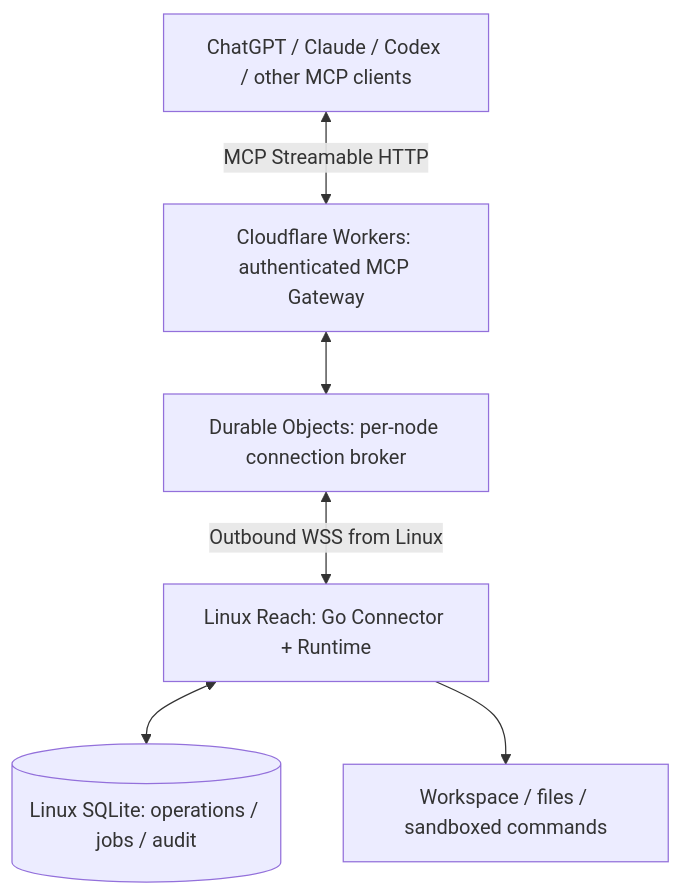
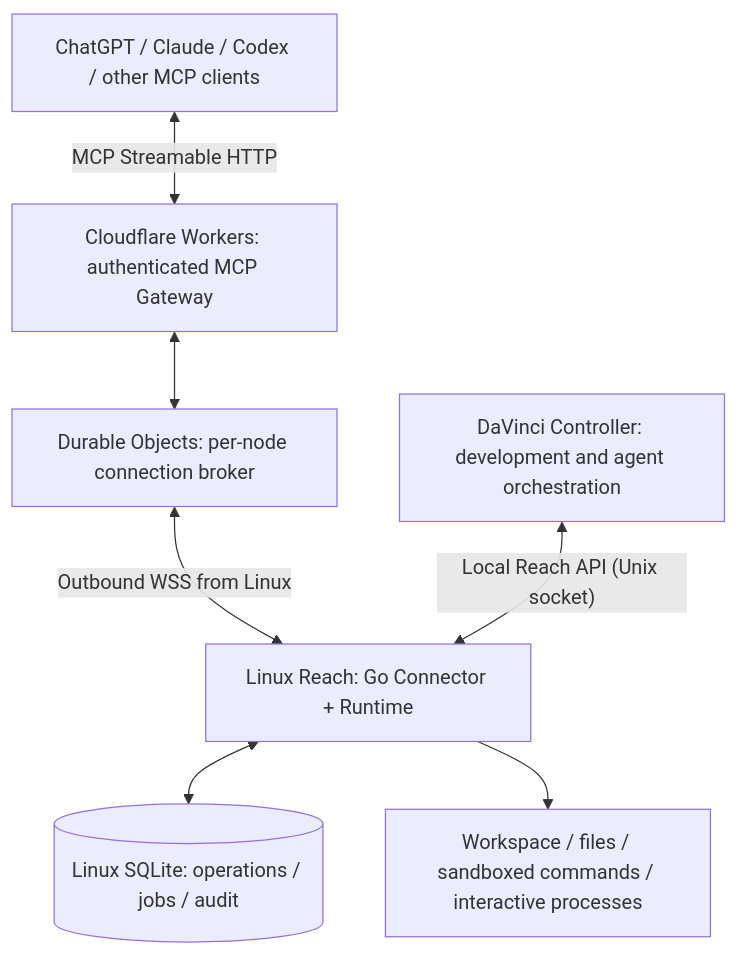
One commit to takezoh/syntoria-reach changed the diagram in README.md. Above: the diagram before and after it, drawn with Mermaid. The commit also changed other lines of this file and 3 other files, not shown here.

Commit message:
docs: make Reach the execution runtime for DaVinci

```diff
--- a/README.md
+++ b/README.md
@@ -19,14 +22,16 @@
 ~~~mermaid
 flowchart TB
     AI["ChatGPT / Claude / Codex / other MCP clients"]
     W["Cloudflare Workers: authenticated MCP Gateway"]
     DO["Durable Objects: per-node connection broker"]
     L["Linux Reach: Go Connector + Runtime"]
     DB[("Linux SQLite: operations / jobs / audit")]
-    OS["Workspace / files / sandboxed commands"]
+    OS["Workspace / files / sandboxed commands / interactive processes"]
+    DV["DaVinci Controller: development and agent orchestration"]
     AI <-->|"MCP Streamable HTTP"| W
     W <--> DO
     DO <-->|"Outbound WSS from Linux"| L
     L <--> DB
     L --> OS
+    DV <-->|"Local Reach API (Unix socket)"| L
 ~~~
```
